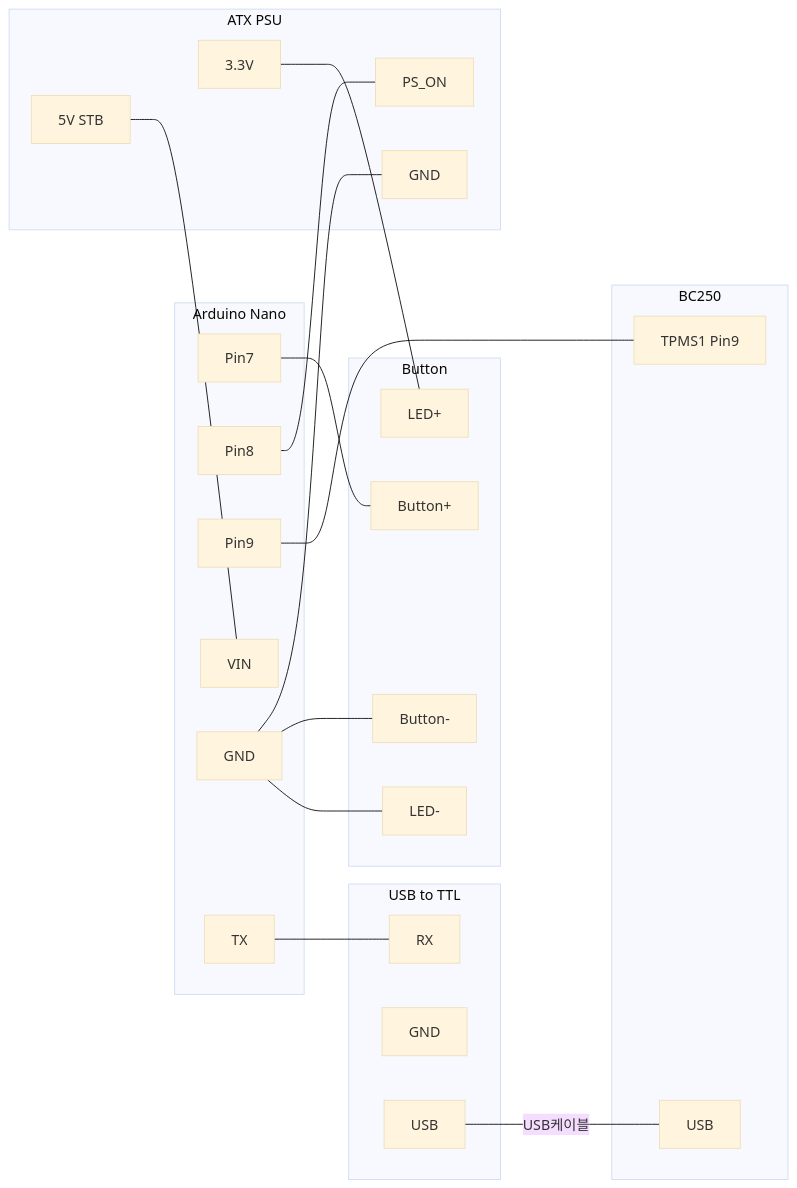
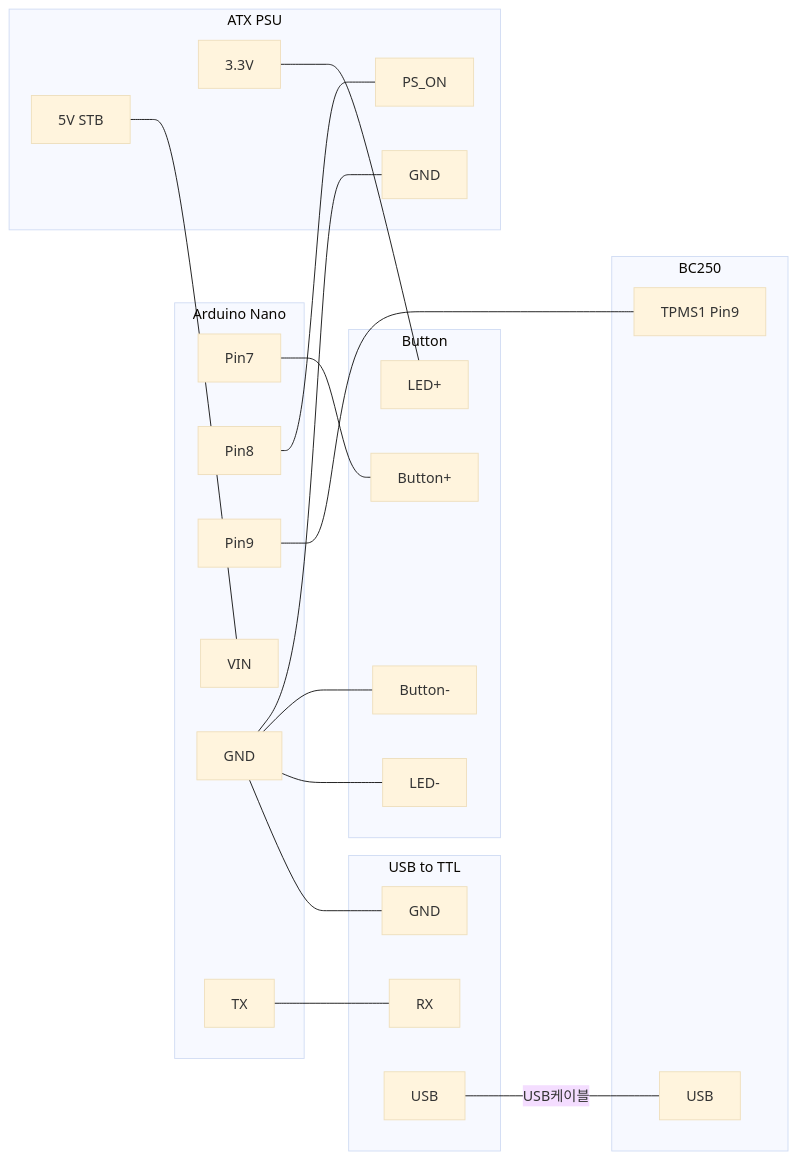
One commit to coolsolgit/BC250-ATX-PSU-Control changed the second of 2 diagrams in README.md. Above: the diagram before and after it, drawn with Mermaid (base theme).

````diff
--- a/README.md
+++ b/README.md
@@ -55,42 +55,43 @@
 ```mermaid
 flowchart LR
   subgraph Arduino Nano
     P7[Pin7]
     P8[Pin8]
     P9[Pin9]
     VIN[VIN]
     AGND[GND]
     TX[TX]
   end
   subgraph USB to TTL
     RX[RX]
     UGND[GND]
     UUSB[USB]
   end
   subgraph ATX PSU
     5V[5V STB]
     3.3V[3.3V]
     PS_ON[PS_ON]
     PGND[GND]
   end
   subgraph Button
     BTN1[Button+]
     BTN2[Button-]
     LED1[LED+]
     LED2[LED-]
   end
   subgraph BC250
     TPMS[TPMS1 Pin9]
     BUSB[USB]
   end
   UUSB ---|USB케이블| BUSB
   TX --- RX
 P7 --- BTN1
 P8 --- PS_ON
 P9 --- TPMS
 AGND --- PGND
 AGND --- BTN2
 AGND --- LED2
+AGND --- UGND
 3.3V --- LED1
 5V --- VIN
 ```
````
